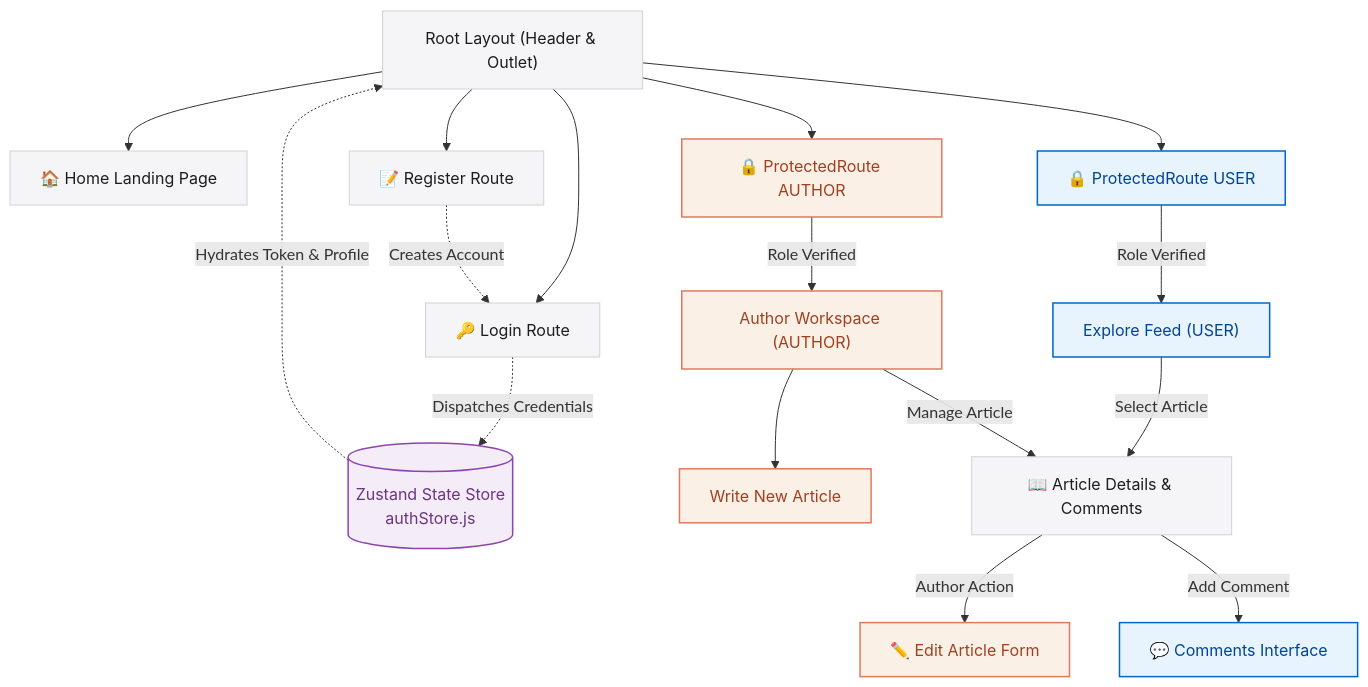
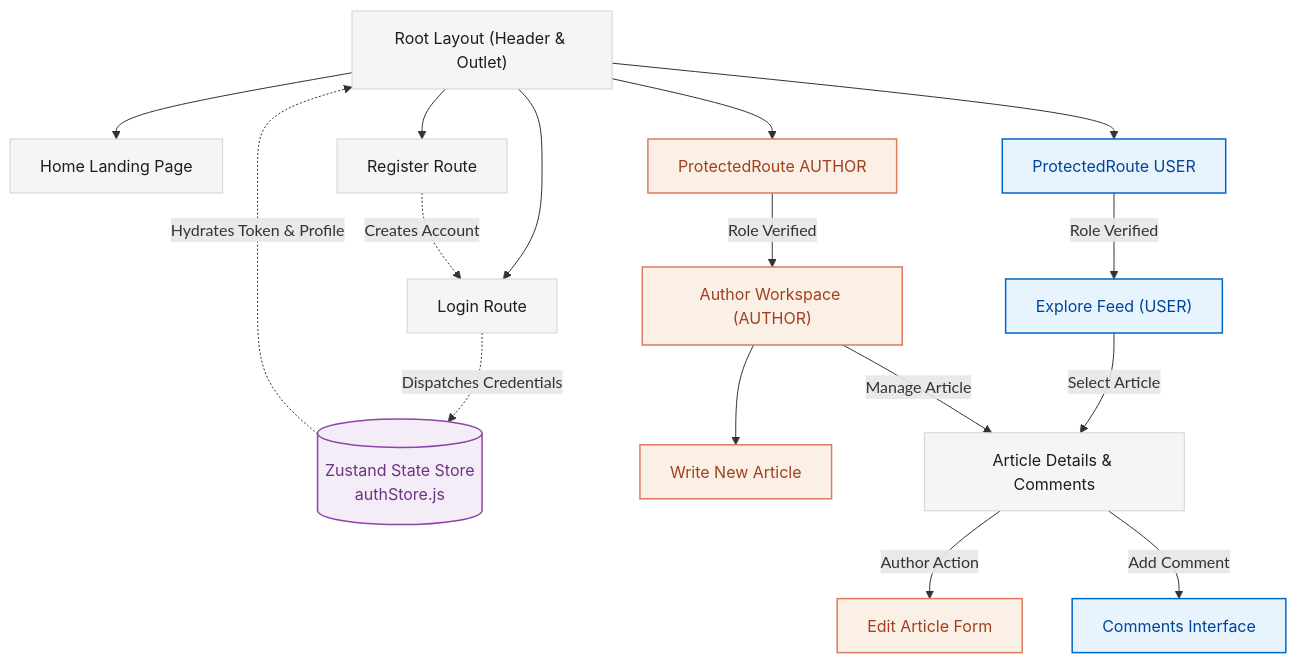
Before and after one commit to Phanikarthik919/Week-5-Capstone_Project_1: the diagram in BLOG-APP-FRONTEND/README.md, drawn with Mermaid. The commit also changed other lines of this file and 2 other files, not shown here.

````diff
--- a/BLOG-APP-FRONTEND/README.md
+++ b/BLOG-APP-FRONTEND/README.md
@@ -49,57 +49,57 @@
 ```mermaid
 graph TD
-    %% Base Styling
-    classDef default fill:#f5f5f7,stroke:#d2d2d7,stroke-width:1px,color:#1d1d1f,font-family:Inter;
-    classDef secure fill:#e8f4fd,stroke:#0066cc,stroke-width:1.5px,color:#004499,font-family:Inter;
-    classDef author fill:#fbf0e6,stroke:#e07a5f,stroke-width:1.5px,color:#a04020,font-family:Inter;
-    classDef state fill:#f4ecf7,stroke:#8e44ad,stroke-width:1.5px,color:#6c3483,font-family:Inter;
+ %% Base Styling
+ classDef default fill:#f5f5f7,stroke:#d2d2d7,stroke-width:1px,color:#1d1d1f,font-family:Inter;
+ classDef secure fill:#e8f4fd,stroke:#0066cc,stroke-width:1.5px,color:#004499,font-family:Inter;
+ classDef author fill:#fbf0e6,stroke:#e07a5f,stroke-width:1.5px,color:#a04020,font-family:Inter;
+ classDef state fill:#f4ecf7,stroke:#8e44ad,stroke-width:1.5px,color:#6c3483,font-family:Inter;
 
-    %% Elements
-    Root[" Root Layout (Header & Outlet)"]:::default
-    Home["🏠 Home Landing Page"]:::default
-    Login["🔑 Login Route"]:::default
-    Register["📝 Register Route"]:::default
-    AuthStore[("Zustand State Store <br> authStore.js")]:::state
+ %% Elements
+ Root[" Root Layout (Header & Outlet)"]:::default
+ Home[" Home Landing Page"]:::default
+ Login[" Login Route"]:::default
+ Register[" Register Route"]:::default
+ AuthStore[("Zustand State Store <br> authStore.js")]:::state
 
-    %% Protected Routes
-    UserSec["🔒 ProtectedRoute USER"]:::secure
-    AuthSec["🔒 ProtectedRoute AUTHOR"]:::author
+ %% Protected Routes
+ UserSec[" ProtectedRoute USER"]:::secure
+ AuthSec[" ProtectedRoute AUTHOR"]:::author
 
-    %% Dashboard Panels
-    UserDashboard["Explore Feed (USER)"]:::secure
-    AuthorDashboard["Author Workspace (AUTHOR)"]:::author
-    AddArticle["Write New Article"]:::author
-    Article["📖 Article Details & Comments"]:::default
-    EditArticle["✏️ Edit Article Form"]:::author
+ %% Dashboard Panels
+ UserDashboard["Explore Feed (USER)"]:::secure
+ AuthorDashboard["Author Workspace (AUTHOR)"]:::author
+ AddArticle["Write New Article"]:::author
+ Article[" Article Details & Comments"]:::default
+ EditArticle[" Edit Article Form"]:::author
 
-    %% Connections & Navigation
-    Root --> Home
-    Root --> Login
-    Root --> Register
+ %% Connections & Navigation
+ Root --> Home
+ Root --> Login
+ Root --> Register
 
-    %% Authentication Flow
-    Login -.->|Dispatches Credentials| AuthStore
-    Register -.->|Creates Account| Login
-    AuthStore -.->|Hydrates Token & Profile| Root
+ %% Authentication Flow
+ Login -.->|Dispatches Credentials| AuthStore
+ Register -.->|Creates Account| Login
+ AuthStore -.->|Hydrates Token & Profile| Root
 
-    %% Routing Guards
-    Root --> UserSec
-    Root --> AuthSec
+ %% Routing Guards
+ Root --> UserSec
+ Root --> AuthSec
 
-    UserSec -->|Role Verified| UserDashboard
-    AuthSec -->|Role Verified| AuthorDashboard
+ UserSec -->|Role Verified| UserDashboard
+ AuthSec -->|Role Verified| AuthorDashboard
 
-    %% Sub-Routing Actions
-    AuthorDashboard --> AddArticle
+ %% Sub-Routing Actions
+ AuthorDashboard --> AddArticle
 
-    %% Interactive Details
-    UserDashboard -->|Select Article| Article
-    AuthorDashboard -->|Manage Article| Article
-    Article -->|Author Action| EditArticle
-    Article -->|Add Comment| Comment["💬 Comments Interface"]:::secure
+ %% Interactive Details
+ UserDashboard -->|Select Article| Article
+ AuthorDashboard -->|Manage Article| Article
+ Article -->|Author Action| EditArticle
+ Article -->|Add Comment| Comment[" Comments Interface"]:::secure
 
-    %% Styling Application
-    class UserSec,UserDashboard,Comment secure;
-    class AuthSec,AuthorDashboard,AddArticle,EditArticle author;
-    class AuthStore state;
+ %% Styling Application
+ class UserSec,UserDashboard,Comment secure;
+ class AuthSec,AuthorDashboard,AddArticle,EditArticle author;
+ class AuthStore state;
 ```
````
